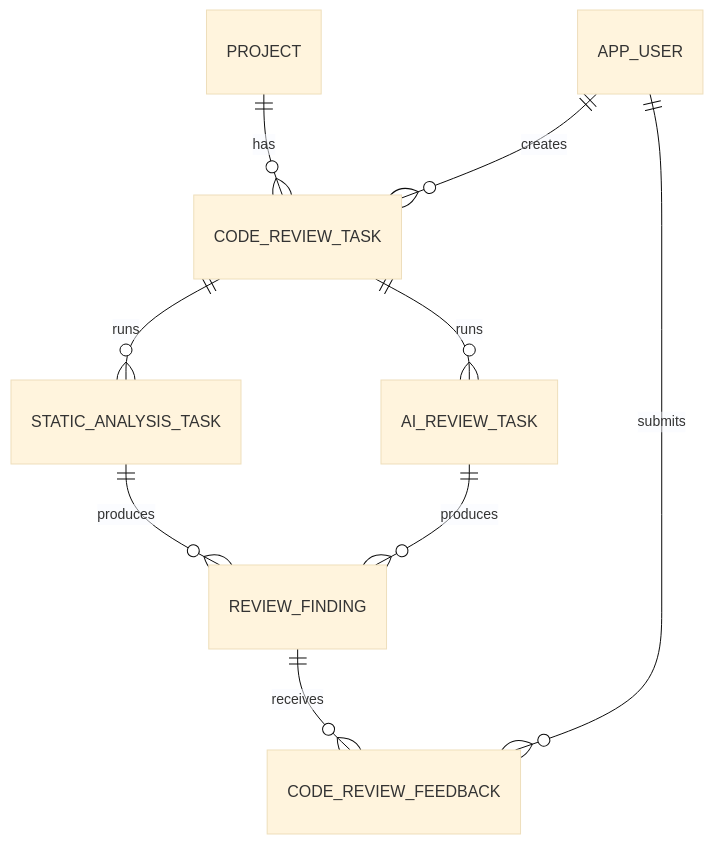
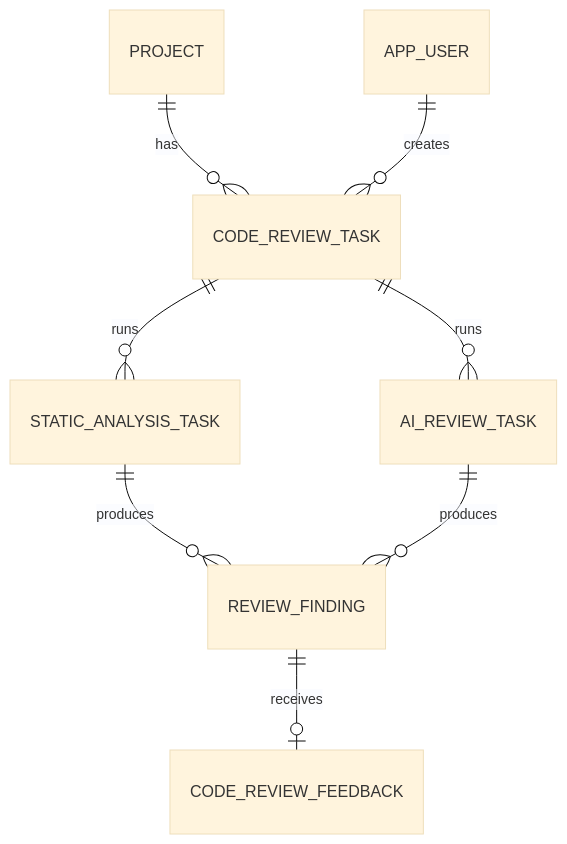
Before and after one commit to MMDXTMM/devmate-ai: the second of 2 diagrams in docs/DATABASE_DESIGN.md, drawn with Mermaid (base theme). The commit also changed other lines of this file and 27 other files, not shown here.

Commit message:
feat: add code review feedback loop

````diff
--- a/docs/DATABASE_DESIGN.md
+++ b/docs/DATABASE_DESIGN.md
@@ -255,11 +259,10 @@
 ```mermaid
 erDiagram
     PROJECT ||--o{ CODE_REVIEW_TASK : has
     APP_USER ||--o{ CODE_REVIEW_TASK : creates
     CODE_REVIEW_TASK ||--o{ STATIC_ANALYSIS_TASK : runs
     STATIC_ANALYSIS_TASK ||--o{ REVIEW_FINDING : produces
     CODE_REVIEW_TASK ||--o{ AI_REVIEW_TASK : runs
     AI_REVIEW_TASK ||--o{ REVIEW_FINDING : produces
-    REVIEW_FINDING ||--o{ CODE_REVIEW_FEEDBACK : receives
-    APP_USER ||--o{ CODE_REVIEW_FEEDBACK : submits
+    REVIEW_FINDING ||--o| CODE_REVIEW_FEEDBACK : receives
 ```
````
